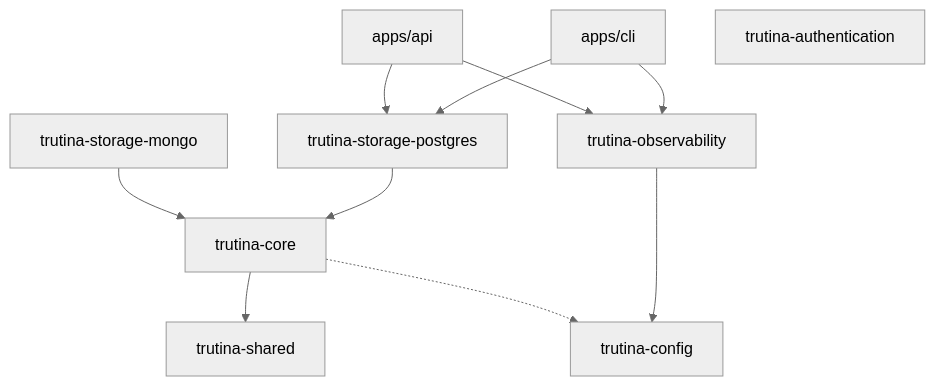
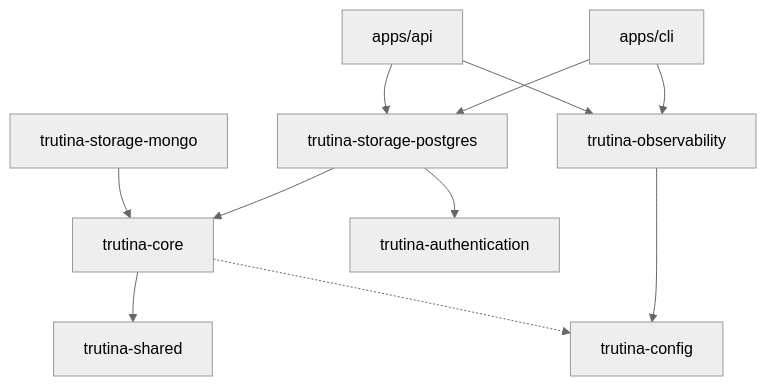
Before and after one commit to Mofathy183/trutina: the diagram in README.md, drawn with Mermaid (neutral theme). The commit also changed other lines of this file and 2 other files, not shown here.

First line of the commit message:
docs(architecture): document PostgreSQL user store integration

````diff
--- a/README.md
+++ b/README.md
@@ -22,13 +22,14 @@
 ```mermaid
 flowchart TD
     CLI[apps/cli] --> STORAGE_PG[trutina-storage-postgres]
     CLI --> OBS[trutina-observability]
     API[apps/api] --> STORAGE_PG
     API --> OBS
     STORAGE_PG --> CORE[trutina-core]
     STORAGE_MONGO[trutina-storage-mongo] --> CORE
+    STORAGE_PG --> AUTH
     OBS --> CONFIG[trutina-config]
     CORE --> SHARED[trutina-shared]
     CORE -.-> CONFIG
     AUTH[trutina-authentication]
 ```
````
